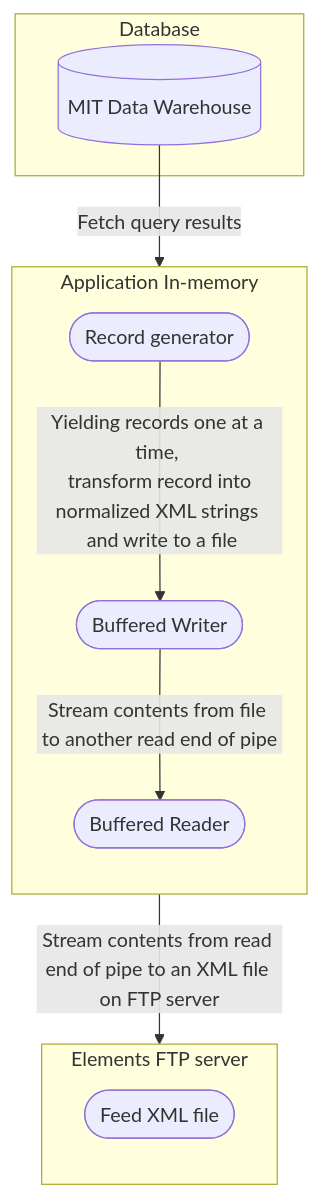
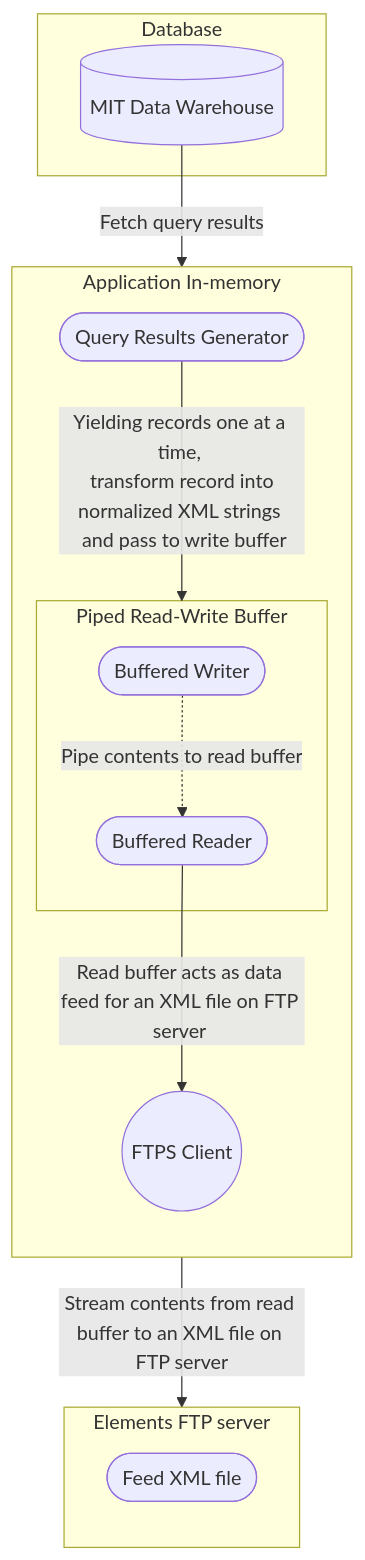
Before and after one commit to MITLibraries/carbon: the diagram in README.md, drawn with Mermaid.

Commit message:
Update diagram

````diff
--- a/README.md
+++ b/README.md
@@ -16,29 +16,31 @@
 ```mermaid
 ---
 title:
 ---
 
 flowchart TB
    subgraph ext-source[Database]
       mit-dwrhs[(MIT Data Warehouse)]
    end
    
    subgraph in-memory[Application In-memory]
       direction TB
-      rec-generator([Record generator])
-      buffered-writer([Buffered Writer])
-      buffered-reader([Buffered Reader])
+      rec-generator([Query Results Generator])
+      subgraph piped[Piped Read-Write Buffer]
+         buffered-writer([Buffered Writer])
+         buffered-reader([Buffered Reader])
+      end
+      ftps-client((FTPS Client))
    end
 
    subgraph elements-ftp[Elements FTP server]
       direction TB
       xml-file([Feed XML file])
    end
 
    mit-dwrhs -->|Fetch query results | rec-generator
-   rec-generator-->|Yielding records one at a time, <br> transform record into normalized XML strings <br> and write to a file| buffered-writer
-   buffered-writer -->|Stream contents from file to another read end of pipe| buffered-reader
-   buffered-reader -->|Stream contents from read end of pipe to an XML file on FTP server|xml-file
-
-
+   rec-generator-->|Yielding records one at a time, <br> transform record into normalized XML strings <br> and pass to write buffer| piped
+   buffered-writer -.->|Pipe contents to read buffer| buffered-reader
+   buffered-reader -->|Read buffer acts as data feed for an XML file on FTP server <br>| ftps-client
+   ftps-client -->|Stream contents from read buffer to an XML file on FTP server|xml-file
 ```
````
